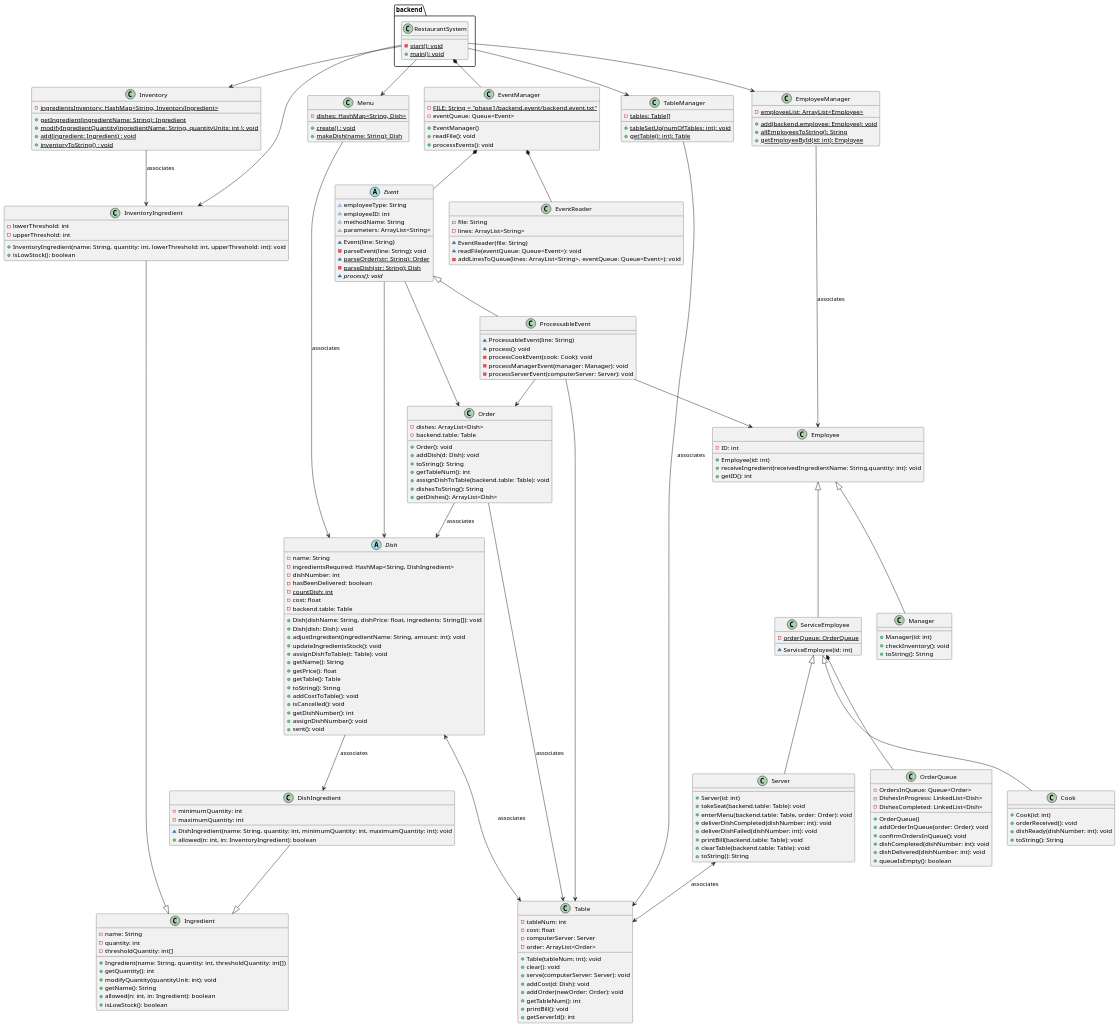
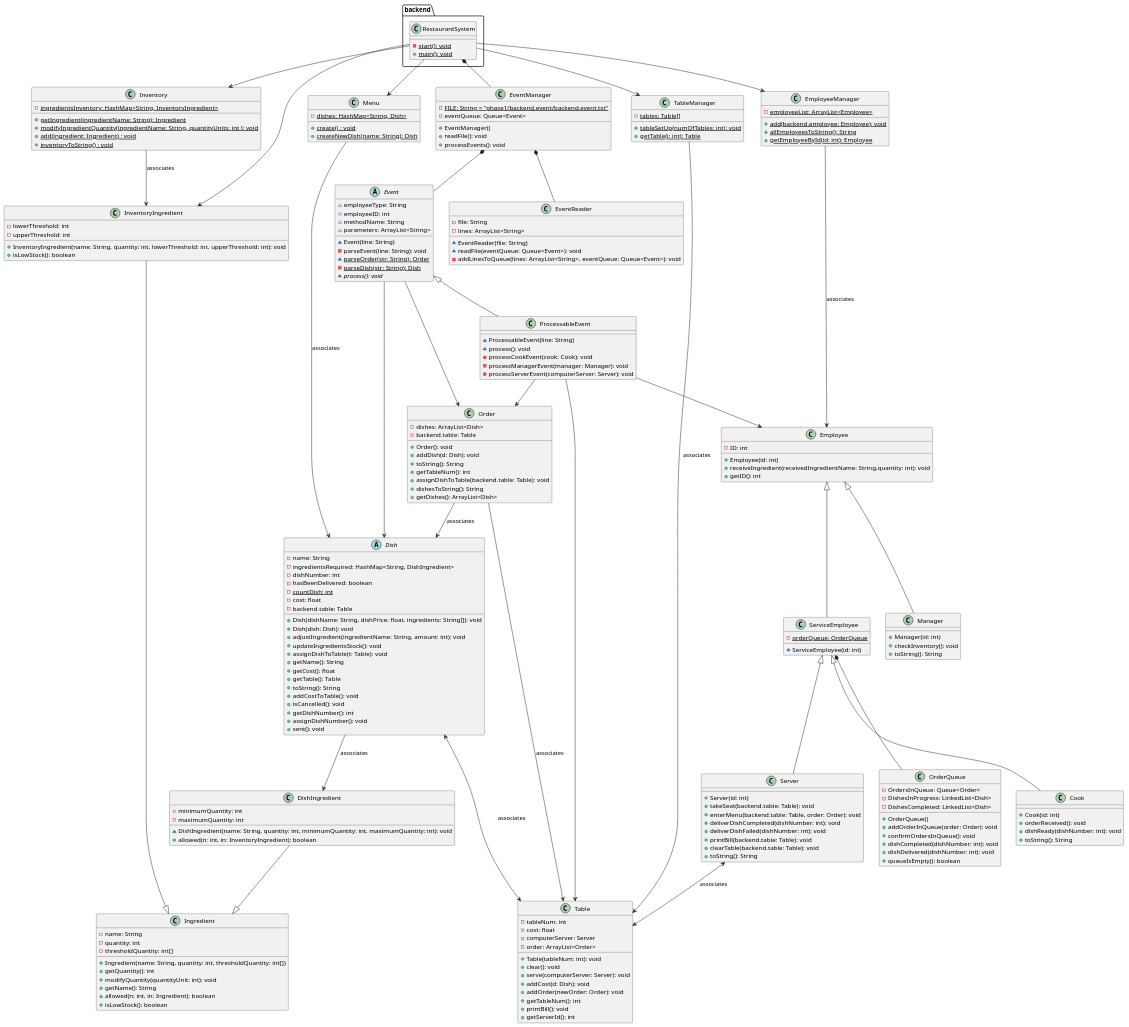
One commit to billangli/RestaurantSystem changed the diagram in phase2/etc/phase1uml.puml. Above: the diagram before and after it, drawn with PlantUML. The commit also changed 4 other files, not shown here.

Commit message:
- Polished the Menu javadoc - Renamed Menu.makeDish to Menu.createNewDish

```diff
--- a/phase2/etc/phase1uml.puml
+++ b/phase2/etc/phase1uml.puml
@@ -119,7 +119,7 @@
 + updateIngredientsStock(): void
 + assignDishToTable(t: Table): void
 + getName(): String
-+ getPrice(): float
++ getCost(): float
 + getTable(): Table
 + toString(): String
 + addCostToTable(): void
@@ -162,7 +162,7 @@
 class Menu {
 - {static} dishes: HashMap<String, Dish>
 + {static} create() : void
-+ {static} makeDish(name: String): Dish
++ {static} createNewDish(name: String): Dish
 }
 Menu --> Dish : associates
 
```
